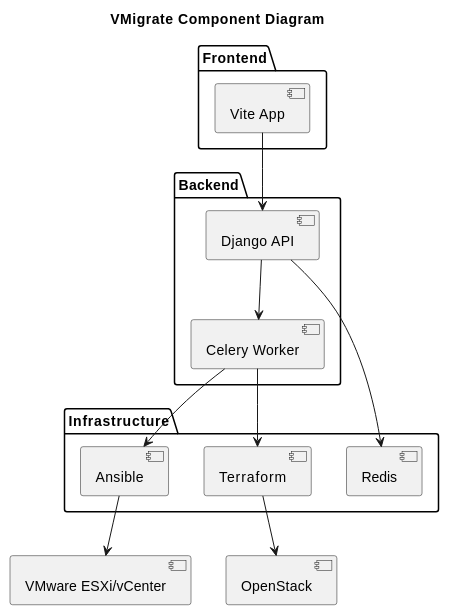
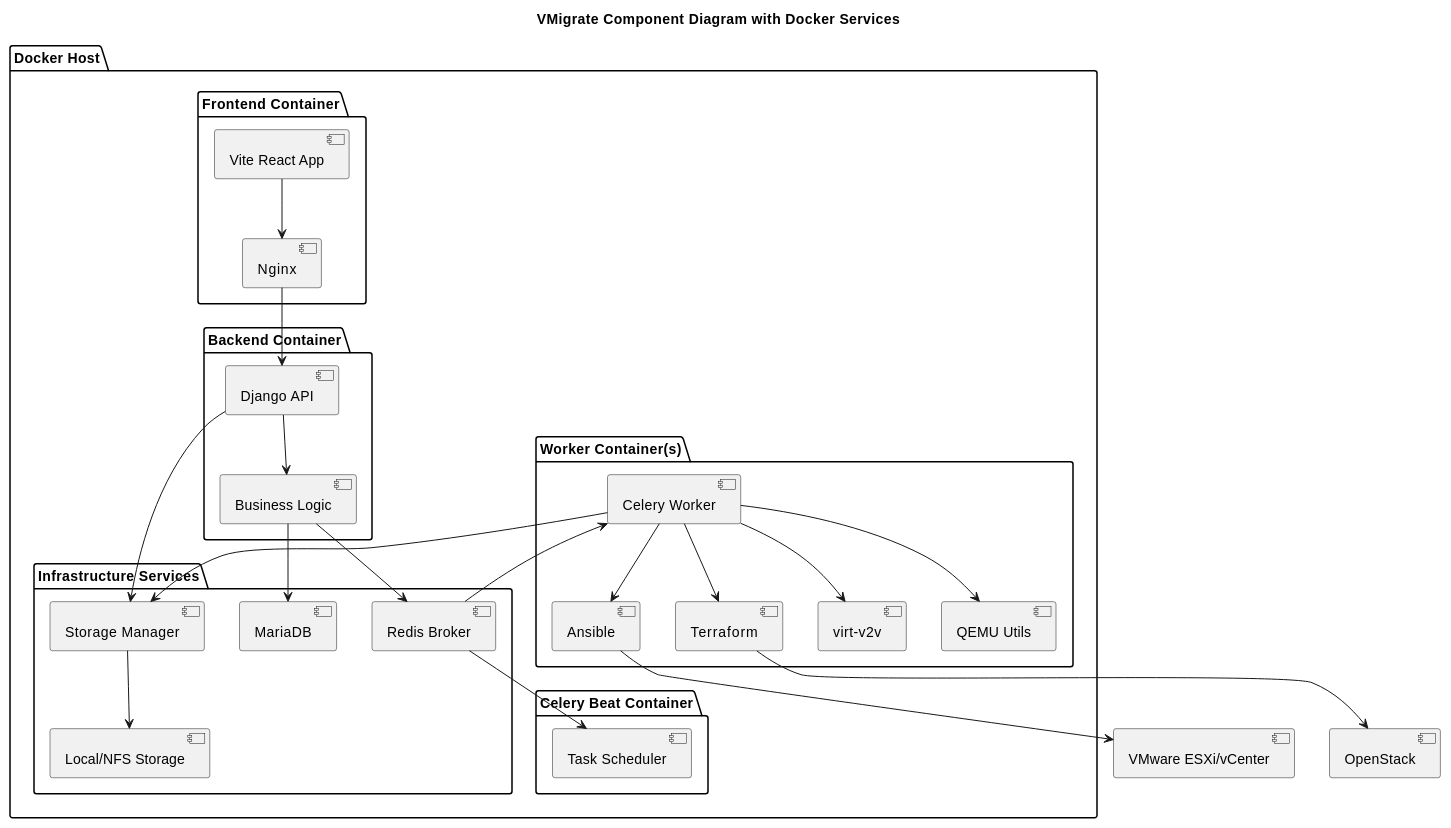
Before and after one commit to amineammari/Vmigrate: diagram 14 of 17 in README.md, drawn with PlantUML. The commit also changed other lines of this file, not shown here.

````diff
--- a/README.md
+++ b/README.md
@@ -979,29 +2295,54 @@
 ```plantuml
 @startuml
-title VMigrate Component Diagram
+title VMigrate Component Diagram with Docker Services
 
-package "Frontend" {
-  [Vite App]
+package "Docker Host" {
+  package "Frontend Container" {
+    [Vite React App]
+    [Nginx]
+  }
+
+  package "Backend Container" {
+    [Django API]
+    [Business Logic]
+  }
+
+  package "Worker Container(s)" {
+    [Celery Worker]
+    [virt-v2v]
+    [QEMU Utils]
+    [Ansible]
+    [Terraform]
+  }
+
+  package "Celery Beat Container" {
+    [Task Scheduler]
+  }
+
+  package "Infrastructure Services" {
+    [Redis Broker]
+    [MariaDB]
+    [Storage Manager]
+    [Local/NFS Storage]
+  }
 }
 
-package "Backend" {
-  [Django API]
-  [Celery Worker]
-}
-
-package "Infrastructure" {
-  [Redis]
-  [Ansible]
-  [Terraform]
-}
-
-[Vite App] --> [Django API]
-[Django API] --> [Redis]
-[Django API] --> [Celery Worker]
+[Vite React App] --> [Nginx]
+[Nginx] --> [Django API]
+[Django API] --> [Business Logic]
+[Business Logic] --> [Redis Broker]
+[Redis Broker] --> [Celery Worker]
+[Redis Broker] --> [Task Scheduler]
+[Business Logic] --> [MariaDB]
+[Celery Worker] --> [virt-v2v]
+[Celery Worker] --> [QEMU Utils]
 [Celery Worker] --> [Ansible]
 [Celery Worker] --> [Terraform]
+[Storage Manager] --> [Local/NFS Storage]
+[Celery Worker] --> [Storage Manager]
 [Ansible] --> [VMware ESXi/vCenter]
 [Terraform] --> [OpenStack]
+[Django API] --> [Storage Manager]
 
 @enduml
 ```
````
